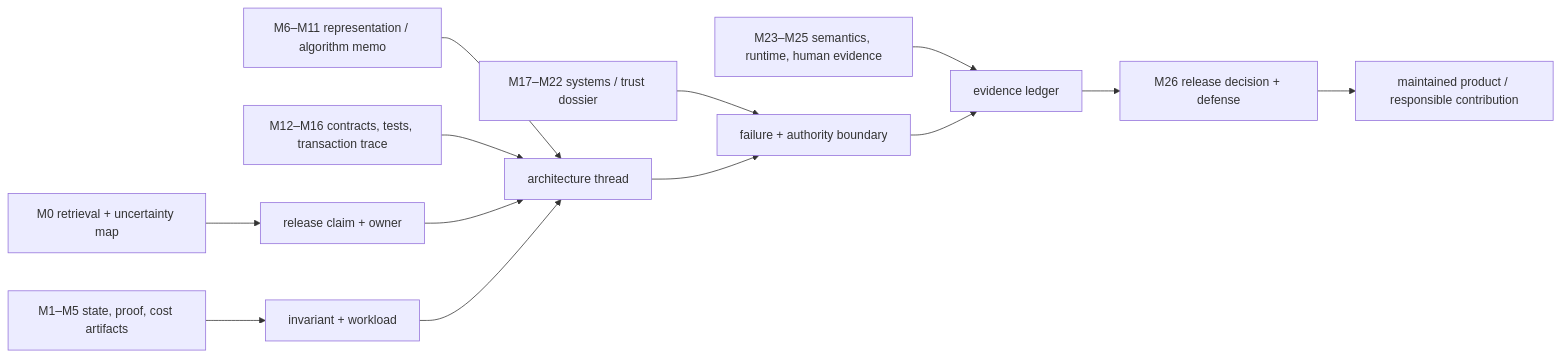
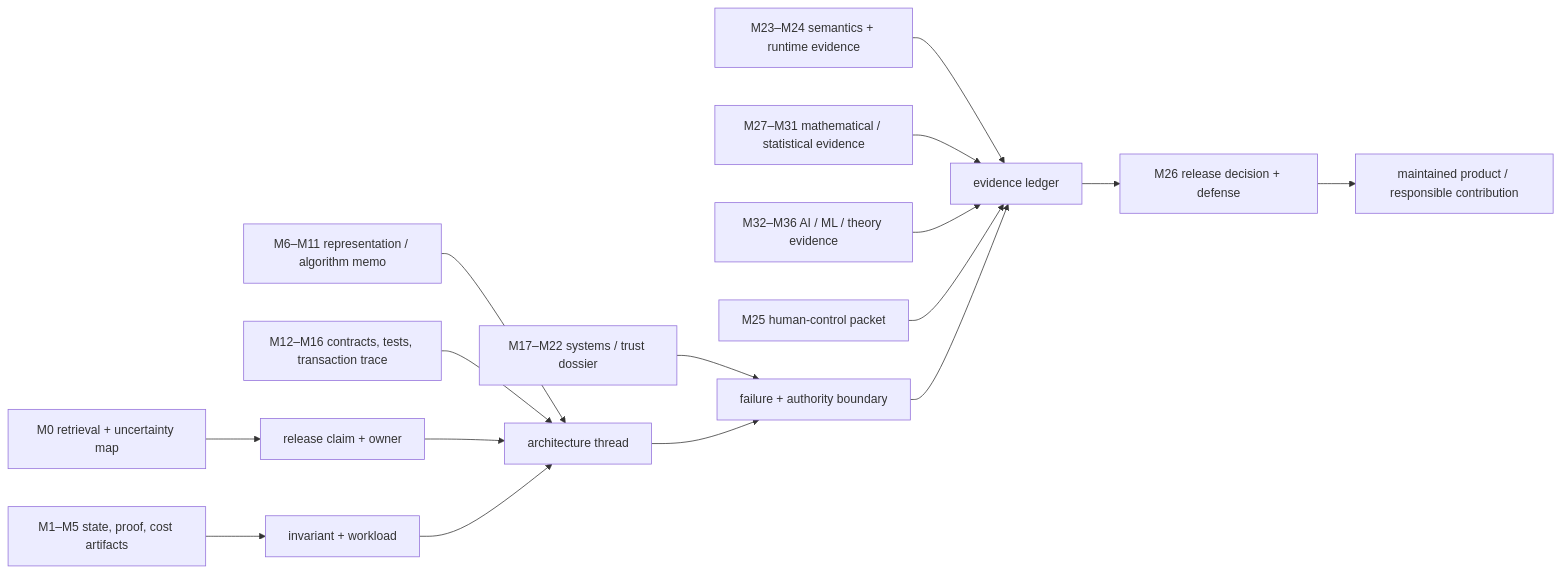
One commit to michaeliu3/atlas-academy-python-cs changed the first of 4 diagrams in content/modules/26_systems_capstone_open_source_stewardship.md. Above: the diagram before and after it, drawn with Mermaid. The commit also changed other lines of this file and 17 other files, not shown here.

```diff
--- a/content/modules/26_systems_capstone_open_source_stewardship.md
+++ b/content/modules/26_systems_capstone_open_source_stewardship.md
@@ -110,15 +113,18 @@
 ~~~mermaid
 flowchart LR
     R["M0 retrieval + uncertainty map"] --> C["release claim + owner"]
     S["M1–M5 state, proof, cost artifacts"] --> I["invariant + workload"]
     A["M6–M11 representation / algorithm memo"] --> X["architecture thread"]
     D["M12–M16 contracts, tests, transaction trace"] --> X
     O["M17–M22 systems / trust dossier"] --> F["failure + authority boundary"]
-    H["M23–M25 semantics, runtime, human evidence"] --> E["evidence ledger"]
+    H["M23–M24 semantics + runtime evidence"] --> E["evidence ledger"]
+    Q["M27–M31 mathematical / statistical evidence"] --> E
+    T["M32–M36 AI / ML / theory evidence"] --> E
+    U["M25 human-control packet"] --> E
     C --> X
     I --> X
     X --> F
     F --> E
     E --> B["M26 release decision + defense"]
     B --> M["maintained product / responsible contribution"]
 ~~~
```
